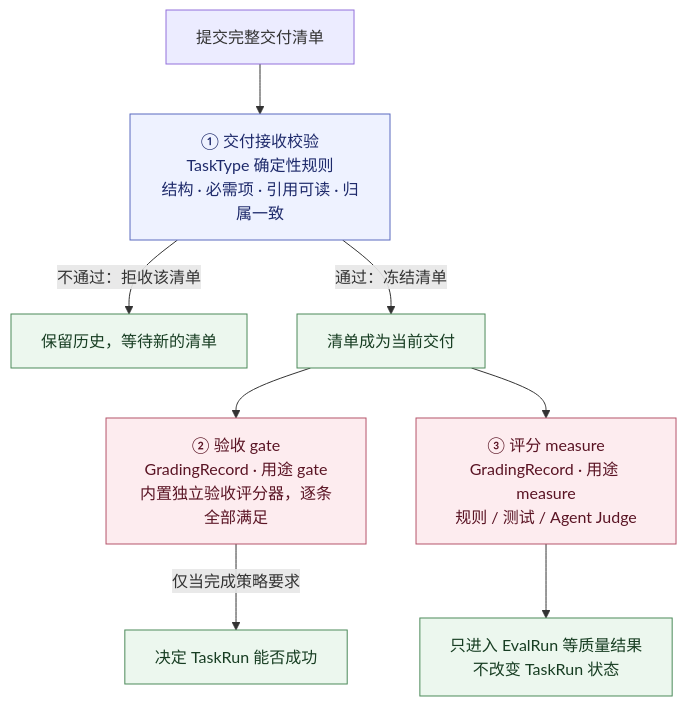
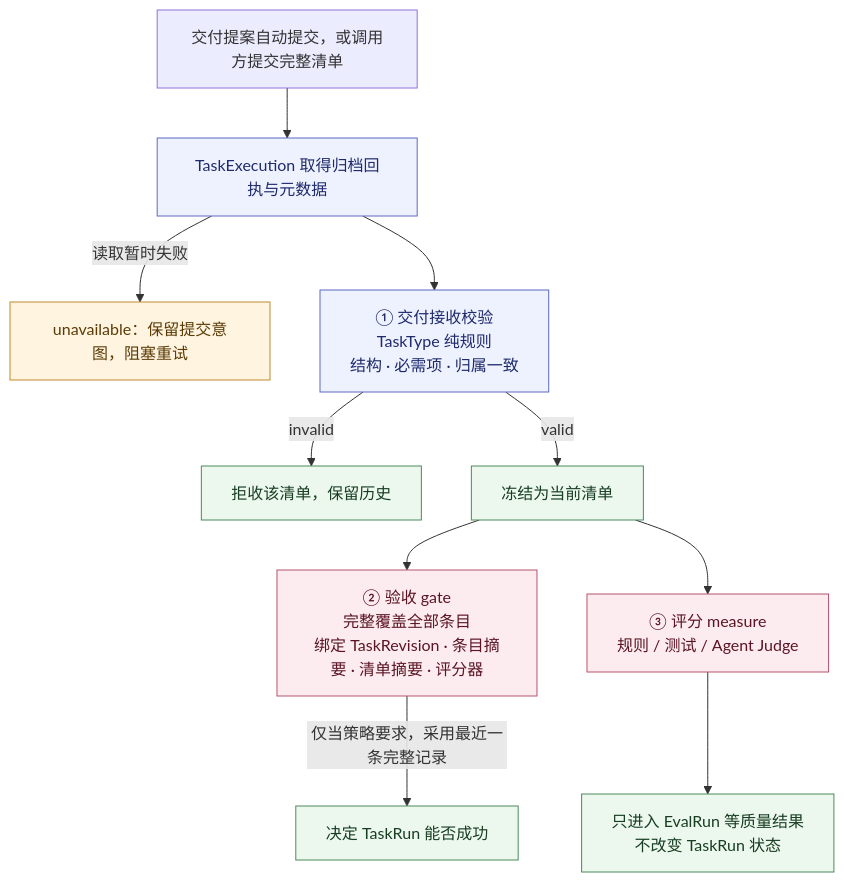
Before and after one commit to MaybeLL/Ground: the diagram in docs/assets/r1-checks.mmd, drawn with Mermaid. The commit also changed 19 other files, not shown here.

```diff
--- a/docs/assets/r1-checks.mmd
+++ b/docs/assets/r1-checks.mmd
@@ -1,14 +1,18 @@
 flowchart TB
-  SUB[提交完整交付清单] --> L1["① 交付接收校验<br/>TaskType 确定性规则<br/>结构 · 必需项 · 引用可读 · 归属一致"]
-  L1 -->|不通过：拒收该清单| REJ[保留历史，等待新的清单]
-  L1 -->|通过：冻结清单| OK[清单成为当前交付]
-  OK --> L2["② 验收 gate<br/>GradingRecord · 用途 gate<br/>内置独立验收评分器，逐条全部满足"]
-  OK --> L3["③ 评分 measure<br/>GradingRecord · 用途 measure<br/>规则 / 测试 / Agent Judge"]
-  L2 -->|仅当完成策略要求| S[决定 TaskRun 能否成功]
+  SUB[交付提案自动提交，或调用方提交完整清单] --> FACT[TaskExecution 取得归档回执与元数据]
+  FACT -->|读取暂时失败| UNA[unavailable：保留提交意图，阻塞重试]
+  FACT --> L1["① 交付接收校验<br/>TaskType 纯规则<br/>结构 · 必需项 · 归属一致"]
+  L1 -->|invalid| REJ[拒收该清单，保留历史]
+  L1 -->|valid| OK[冻结为当前清单]
+  OK --> L2["② 验收 gate<br/>完整覆盖全部条目<br/>绑定 TaskRevision · 条目摘要 · 清单摘要 · 评分器"]
+  OK --> L3["③ 评分 measure<br/>规则 / 测试 / Agent Judge"]
+  L2 -->|仅当策略要求，采用最近一条完整记录| S[决定 TaskRun 能否成功]
   L3 --> Q[只进入 EvalRun 等质量结果<br/>不改变 TaskRun 状态]
   classDef a fill:#eef2ff,stroke:#5b6abf,color:#1e2a6b;
   classDef b fill:#fdecef,stroke:#b5546a,color:#5a1424;
   classDef c fill:#ecf7ee,stroke:#4c8a5a,color:#173d22;
-  class L1 a;
+  classDef w fill:#fff4e0,stroke:#c08a2d,color:#5a3b06;
+  class L1,FACT a;
   class L2,L3 b;
   class S,Q,OK,REJ c;
+  class UNA w;
```
